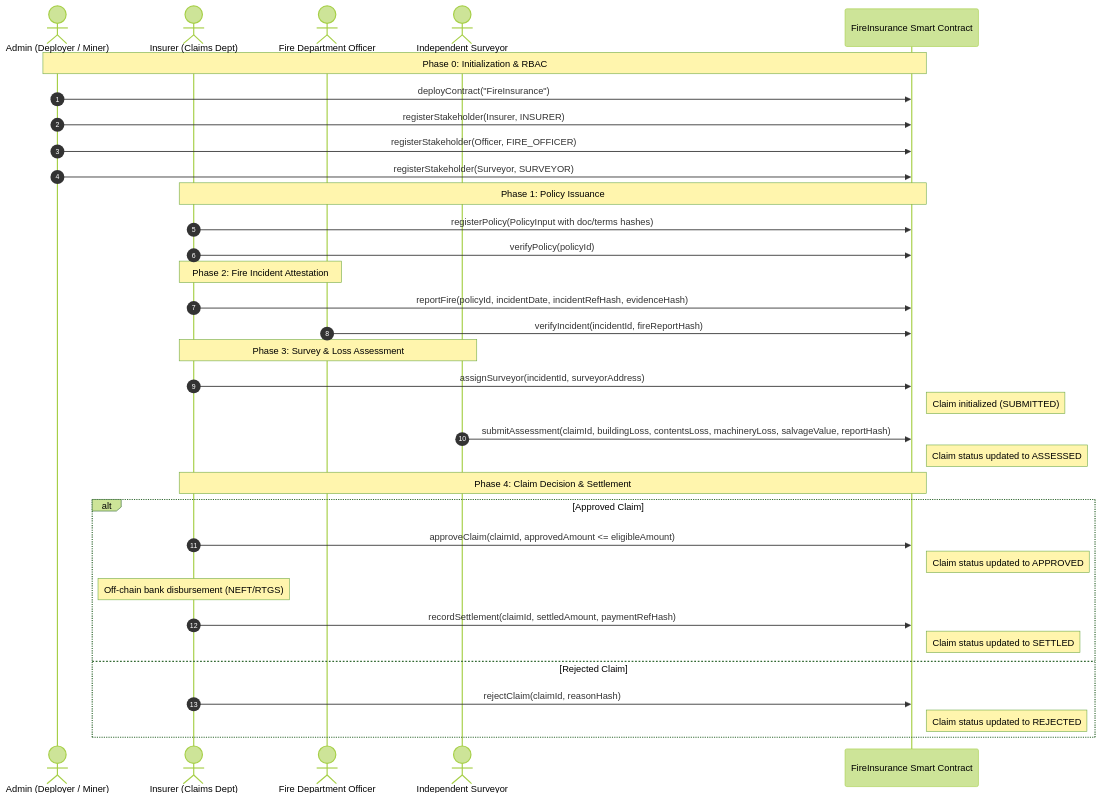
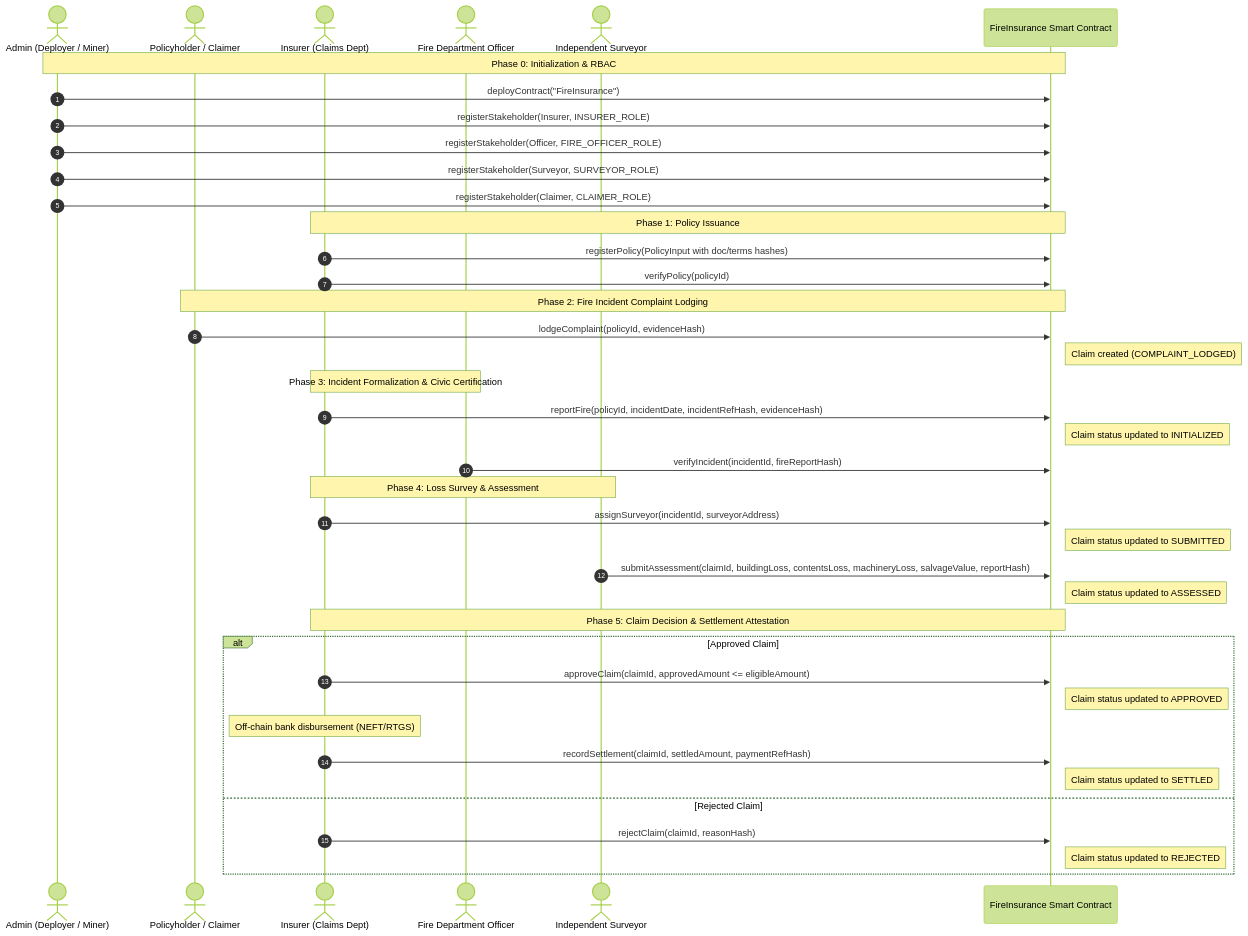
One commit to Priyankush123/Blockchain-Based-Automated-Fire-Insurance-Claim-System changed the first of 2 diagrams in README.md. Above: the diagram before and after it, drawn with Mermaid (forest theme). The commit also changed other lines of this file and 21 other files, not shown here.

````diff
--- a/README.md
+++ b/README.md
@@ -80,41 +82,48 @@
 ```mermaid
 sequenceDiagram
     autonumber
     actor Admin as Admin (Deployer / Miner)
+    actor Claimer as Policyholder / Claimer
     actor Insurer as Insurer (Claims Dept)
     actor Officer as Fire Department Officer
     actor Surveyor as Independent Surveyor
     participant Contract as FireInsurance Smart Contract
 
     Note over Admin,Contract: Phase 0: Initialization & RBAC
     Admin->>Contract: deployContract("FireInsurance")
-    Admin->>Contract: registerStakeholder(Insurer, INSURER)
-    Admin->>Contract: registerStakeholder(Officer, FIRE_OFFICER)
-    Admin->>Contract: registerStakeholder(Surveyor, SURVEYOR)
+    Admin->>Contract: registerStakeholder(Insurer, INSURER_ROLE)
+    Admin->>Contract: registerStakeholder(Officer, FIRE_OFFICER_ROLE)
+    Admin->>Contract: registerStakeholder(Surveyor, SURVEYOR_ROLE)
+    Admin->>Contract: registerStakeholder(Claimer, CLAIMER_ROLE)
 
     Note over Insurer,Contract: Phase 1: Policy Issuance
     Insurer->>Contract: registerPolicy(PolicyInput with doc/terms hashes)
     Insurer->>Contract: verifyPolicy(policyId)
 
-    Note over Insurer,Officer: Phase 2: Fire Incident Attestation
+    Note over Claimer,Contract: Phase 2: Fire Incident Complaint Lodging
+    Claimer->>Contract: lodgeComplaint(policyId, evidenceHash)
+    Note right of Contract: Claim created (COMPLAINT_LODGED)
+
+    Note over Insurer,Officer: Phase 3: Incident Formalization & Civic Certification
     Insurer->>Contract: reportFire(policyId, incidentDate, incidentRefHash, evidenceHash)
+    Note right of Contract: Claim status updated to INITIALIZED
     Officer->>Contract: verifyIncident(incidentId, fireReportHash)
 
-    Note over Insurer,Surveyor: Phase 3: Survey & Loss Assessment
+    Note over Insurer,Surveyor: Phase 4: Loss Survey & Assessment
     Insurer->>Contract: assignSurveyor(incidentId, surveyorAddress)
-    Note right of Contract: Claim initialized (SUBMITTED)
+    Note right of Contract: Claim status updated to SUBMITTED
     Surveyor->>Contract: submitAssessment(claimId, buildingLoss, contentsLoss, machineryLoss, salvageValue, reportHash)
     Note right of Contract: Claim status updated to ASSESSED
 
-    Note over Insurer,Contract: Phase 4: Claim Decision & Settlement
+    Note over Insurer,Contract: Phase 5: Claim Decision & Settlement Attestation
     alt Approved Claim
         Insurer->>Contract: approveClaim(claimId, approvedAmount <= eligibleAmount)
         Note right of Contract: Claim status updated to APPROVED
         Note over Insurer: Off-chain bank disbursement (NEFT/RTGS)
         Insurer->>Contract: recordSettlement(claimId, settledAmount, paymentRefHash)
         Note right of Contract: Claim status updated to SETTLED
     else Rejected Claim
         Insurer->>Contract: rejectClaim(claimId, reasonHash)
         Note right of Contract: Claim status updated to REJECTED
     end
 ```
````
